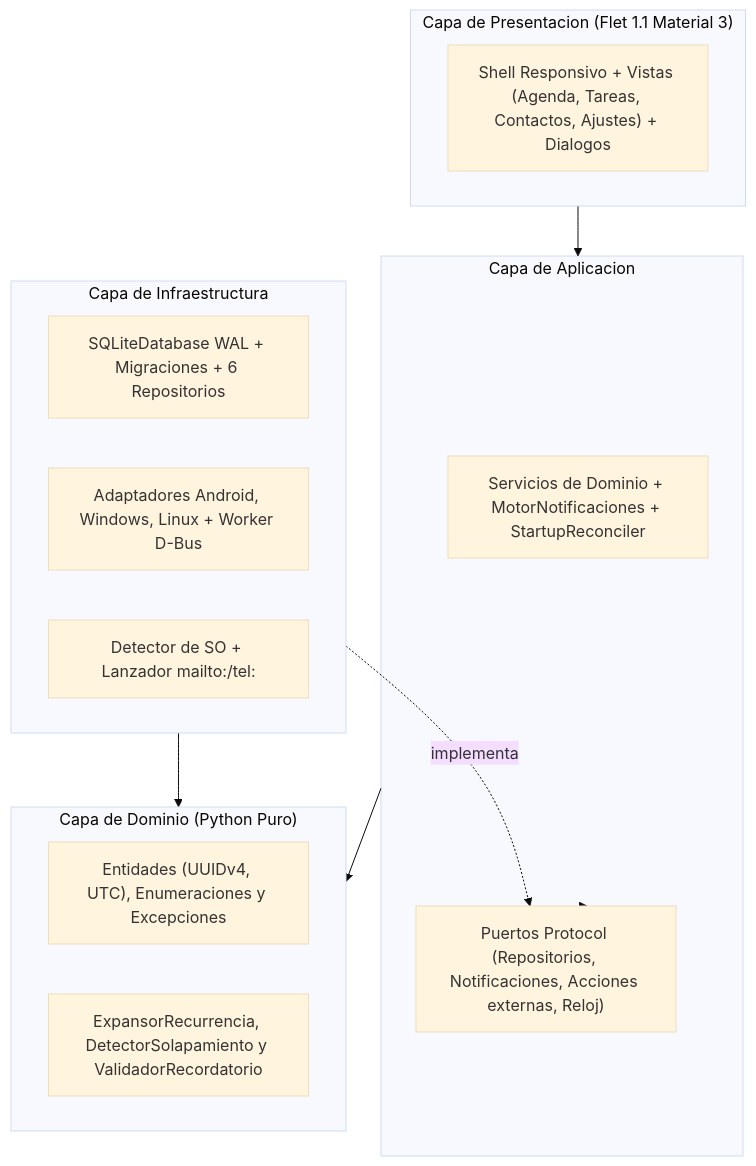
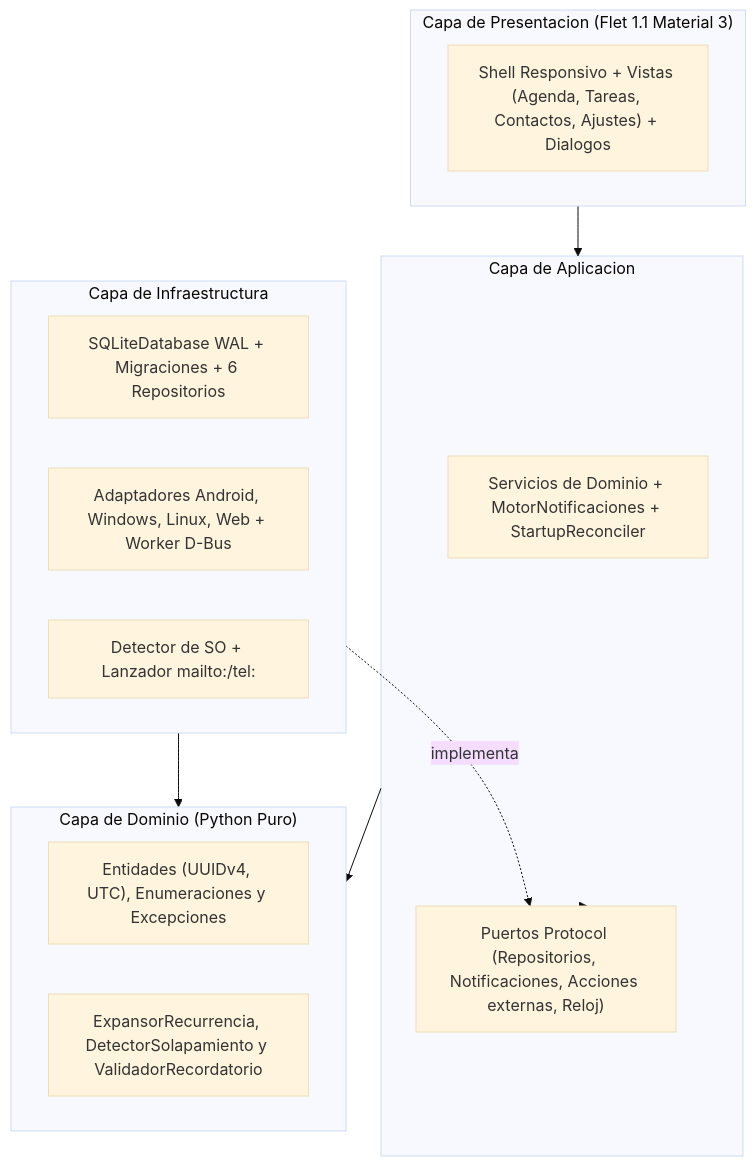
One commit to JoelCOsorio/Agenda-Personal changed the first of 8 diagrams in docs/reporte_proyecto.md. Above: the diagram before and after it, drawn with Mermaid (base theme). The commit also changed other lines of this file and 11 other files, not shown here.

````diff
--- a/docs/reporte_proyecto.md
+++ b/docs/reporte_proyecto.md
@@ -114,25 +122,25 @@
 ```mermaid
 flowchart TD
     subgraph Pres ["Capa de Presentacion (Flet 1.1 Material 3)"]
         UI["Shell Responsivo + Vistas (Agenda, Tareas, Contactos, Ajustes) + Dialogos"]
     end
     subgraph App ["Capa de Aplicacion"]
         SVC["Servicios de Dominio + MotorNotificaciones + StartupReconciler"]
         PORTS["Puertos Protocol (Repositorios, Notificaciones, Acciones externas, Reloj)"]
     end
     subgraph Dom ["Capa de Dominio (Python Puro)"]
         ENT["Entidades (UUIDv4, UTC), Enumeraciones y Excepciones"]
         RULES["ExpansorRecurrencia, DetectorSolapamiento y ValidadorRecordatorio"]
     end
     subgraph Infra ["Capa de Infraestructura"]
         SQL["SQLiteDatabase WAL + Migraciones + 6 Repositorios"]
-        NOTIF["Adaptadores Android, Windows, Linux + Worker D-Bus"]
+        NOTIF["Adaptadores Android, Windows, Linux, Web + Worker D-Bus"]
         PLAT["Detector de SO + Lanzador mailto:/tel:"]
     end
 
     Pres --> App
     App --> Dom
     App --> PORTS
     Infra -.->|"implementa"| PORTS
     Infra --> Dom
 ```
````
